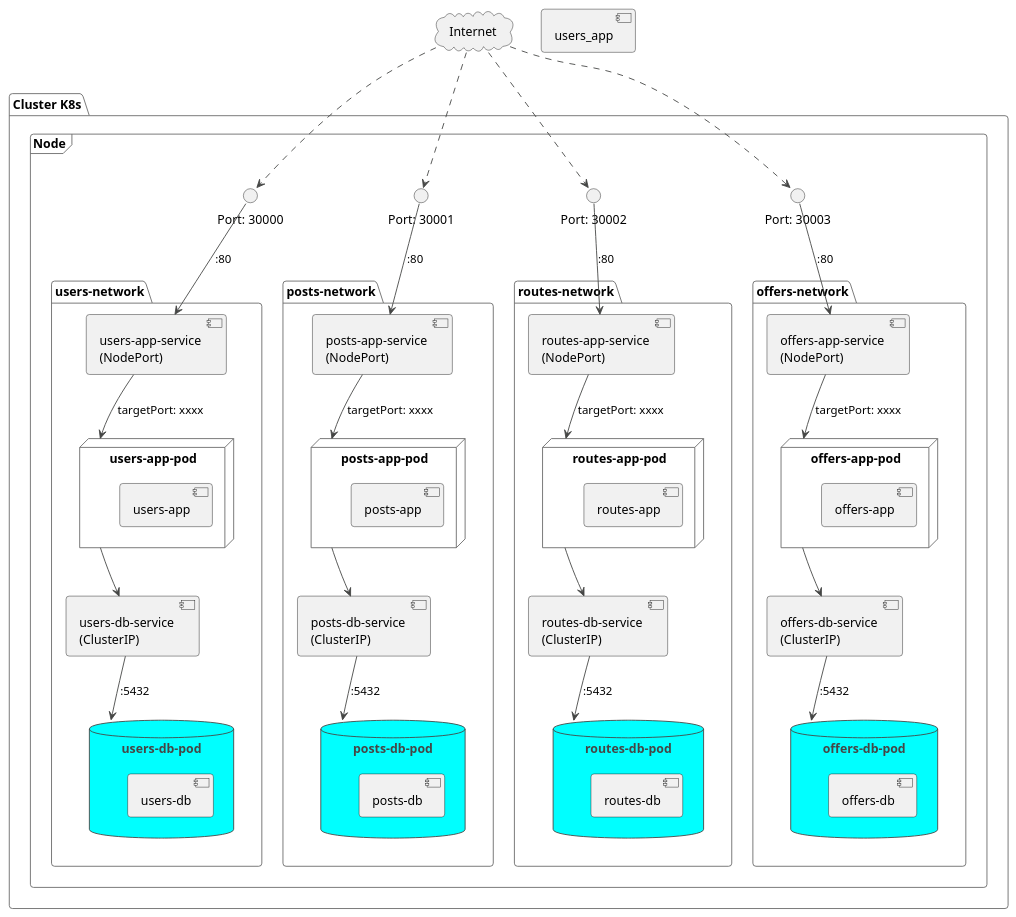
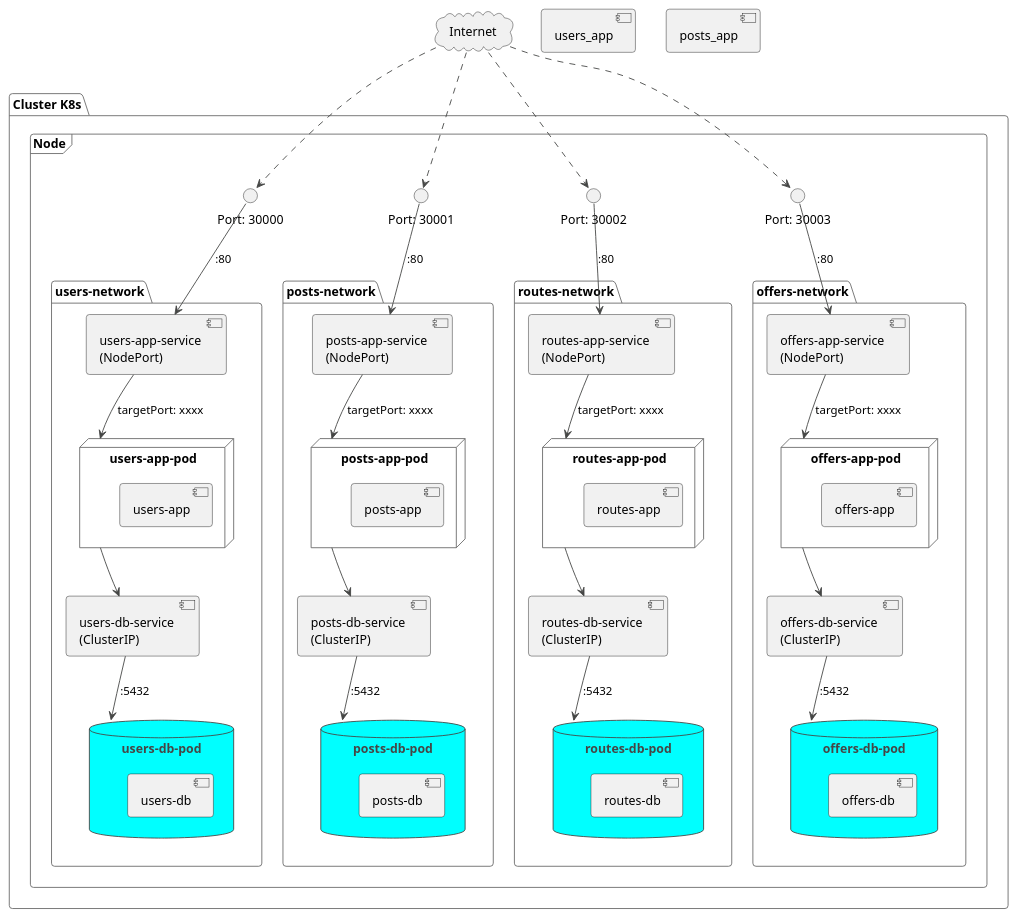
One commit to juanmabermudez/users-app changed the diagram in docs/diagrams/networks.puml. Above: the diagram before and after it, drawn with PlantUML. The commit also changed 3 other files, not shown here.

Commit message:
fix(docs): agrega posts_app y posts en diagramas para pasar validación

```diff
--- a/docs/diagrams/networks.puml
+++ b/docs/diagrams/networks.puml
@@ -1,101 +1,102 @@
 @startuml
 !theme vibrant
 
 ' Declaración de componentes globales
 cloud "Internet" as Internet
 package "Cluster K8s" {
     frame "Node" {
 
         ' Interfaces de Red (NodePort)
         interface "Port: 30000" as NP_users
         interface "Port: 30001" as NP_posts
         interface "Port: 30002" as NP_routes
         interface "Port: 30003" as NP_offers
 
         ' Columna de la aplicación "Users"
         package "users-network" {
             component "users-app-service \n(NodePort)" as users_app_svc
             node "users-app-pod" as users_app_pod {
                 component "users-app"
             }
             component "users-db-service \n(ClusterIP)" as users_db_svc
             database "users-db-pod" as users_db_pod {
                  component "users-db"
             }
         }
 
         ' Columna de la aplicación "Posts"
         package "posts-network" {
             component "posts-app-service \n(NodePort)" as posts_app_svc
             node "posts-app-pod" as posts_app_pod {
                  component "posts-app"
             }
             component "posts-db-service \n(ClusterIP)" as posts_db_svc
             database "posts-db-pod" as posts_db_pod {
                  component "posts-db"
             }
         }
 
         ' Columna de la aplicación "Routes"
         package "routes-network" {
             component "routes-app-service \n(NodePort)" as routes_app_svc
             node "routes-app-pod" as routes_app_pod {
                  component "routes-app"
             }
             component "routes-db-service \n(ClusterIP)" as routes_db_svc
             database "routes-db-pod" as routes_db_pod {
                  component "routes-db"
             }
         }
 
         ' Columna de la aplicación "Offers"
         package "offers-network" {
             component "offers-app-service \n(NodePort)" as offers_app_svc
             node "offers-app-pod" as offers_app_pod {
                  component "offers-app"
             }
             component "offers-db-service \n(ClusterIP)" as offers_db_svc
             database "offers-db-pod" as offers_db_pod {
                  component "offers-db"
             }
         }
     }
 }
 
 ' --- DEFINICIÓN DE RELACIONES ---
 
 ' Conexiones Externas (Internet -> NodePort -> Service)
 Internet ..> NP_users
 Internet ..> NP_posts
 Internet ..> NP_routes
 Internet ..> NP_offers
 
 NP_users --> users_app_svc : ":80"
 NP_posts --> posts_app_svc : ":80"
 NP_routes --> routes_app_svc : ":80"
 NP_offers --> offers_app_svc : ":80"
 
 ' Conexiones Internas (Service -> Pod -> DB Service -> DB Pod)
 
 ' Flujo de "Users"
 users_app_svc --> users_app_pod : "targetPort: xxxx"
 users_app_pod --> users_db_svc
 users_db_svc --> users_db_pod : ":5432"
 
 ' Flujo de "Posts"
 posts_app_svc --> posts_app_pod : "targetPort: xxxx"
 posts_app_pod --> posts_db_svc
 posts_db_svc --> posts_db_pod : ":5432"
 
 ' Flujo de "Routes"
 routes_app_svc --> routes_app_pod : "targetPort: xxxx"
 routes_app_pod --> routes_db_svc
 routes_db_svc --> routes_db_pod : ":5432"
 
 ' Flujo de "Offers"
 offers_app_svc --> offers_app_pod : "targetPort: xxxx"
 offers_app_pod --> offers_db_svc
 offers_db_svc --> offers_db_pod : ":5432"
 
 component users_app
+component posts_app
 @enduml
```
